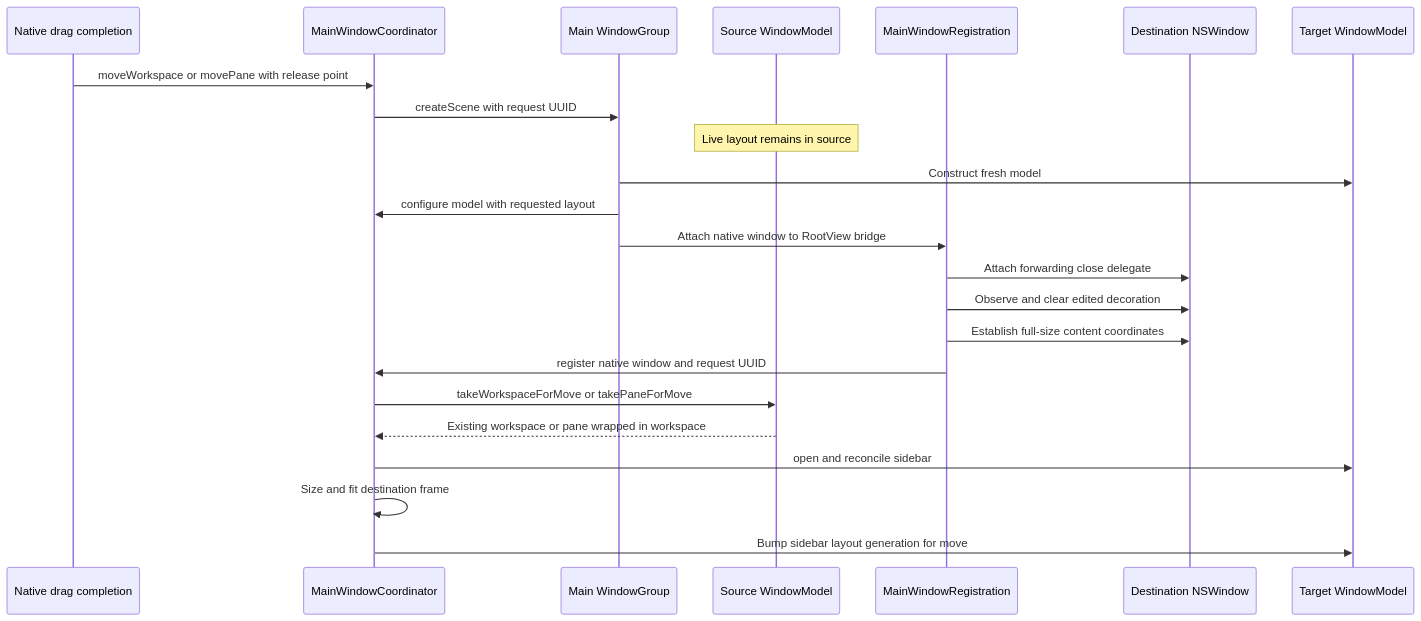
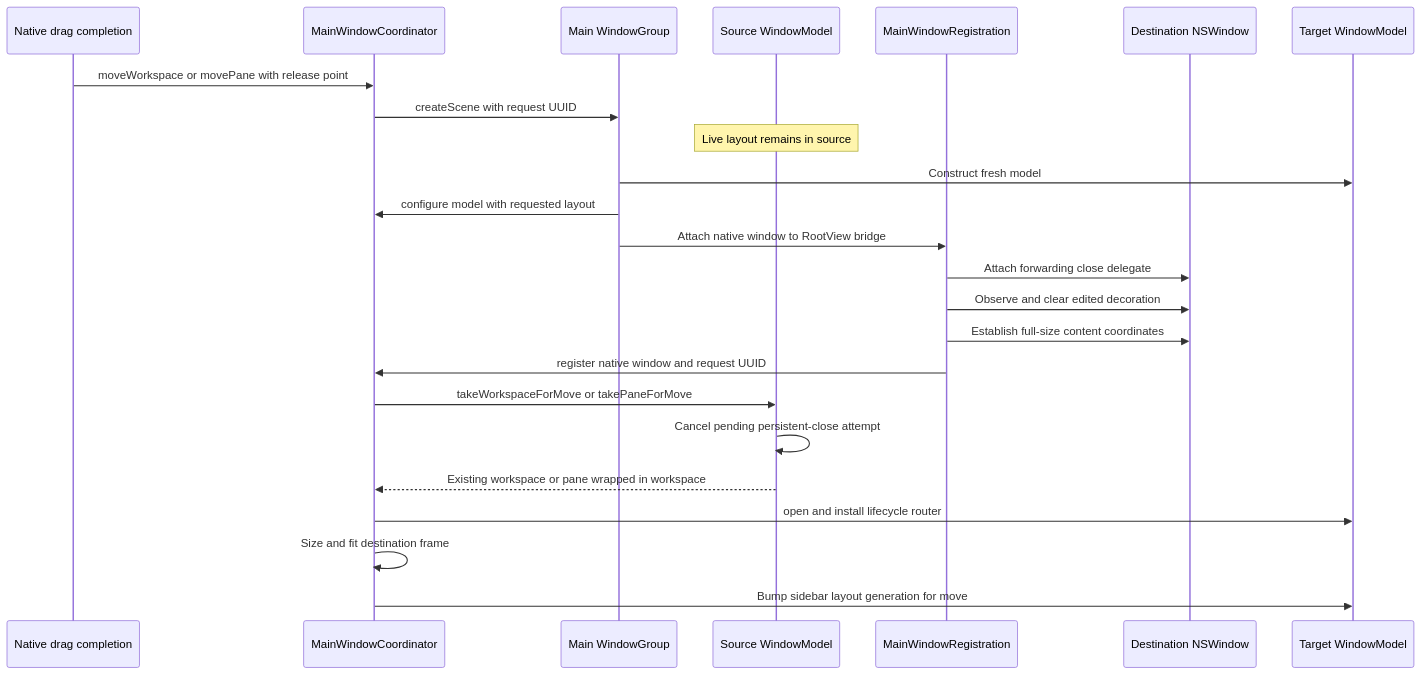
Before and after one commit to AkinoKaede/Termind: the diagram in openwiki/workflows/desktop-drag-and-drop.md, drawn with Mermaid. The commit also changed other lines of this file and 65 other files, not shown here.

````diff
--- a/openwiki/workflows/desktop-drag-and-drop.md
+++ b/openwiki/workflows/desktop-drag-and-drop.md
@@ -179,25 +185,26 @@
 ```mermaid
 sequenceDiagram
     participant Drag as Native drag completion
     participant Coordinator as MainWindowCoordinator
     participant Scene as Main WindowGroup
     participant Source as Source WindowModel
     participant Bridge as MainWindowRegistration
     participant Native as Destination NSWindow
     participant Target as Target WindowModel
     Drag->>Coordinator: moveWorkspace or movePane with release point
     Coordinator->>Scene: createScene with request UUID
     Note over Source: Live layout remains in source
     Scene->>Target: Construct fresh model
     Scene->>Coordinator: configure model with requested layout
     Scene->>Bridge: Attach native window to RootView bridge
     Bridge->>Native: Attach forwarding close delegate
     Bridge->>Native: Observe and clear edited decoration
     Bridge->>Native: Establish full-size content coordinates
     Bridge->>Coordinator: register native window and request UUID
     Coordinator->>Source: takeWorkspaceForMove or takePaneForMove
+    Source->>Source: Cancel pending persistent-close attempt
     Source-->>Coordinator: Existing workspace or pane wrapped in workspace
-    Coordinator->>Target: open and reconcile sidebar
+    Coordinator->>Target: open and install lifecycle router
     Coordinator->>Coordinator: Size and fit destination frame
     Coordinator->>Target: Bump sidebar layout generation for move
 ```
````
